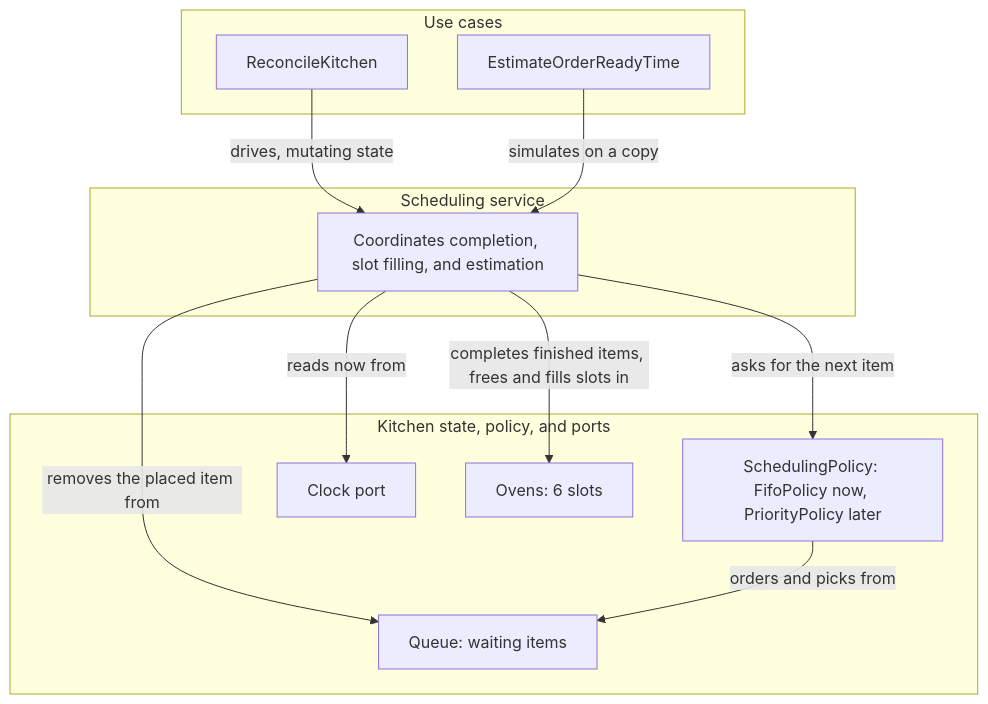
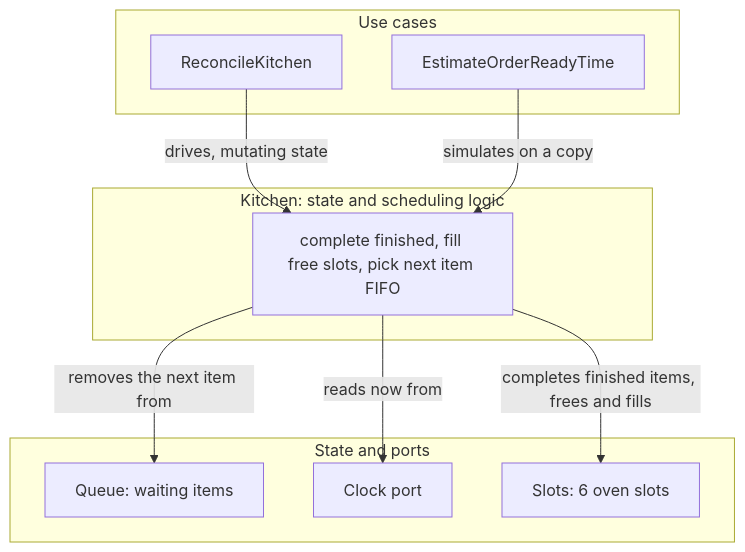
Before and after one commit to AndSanG/SnackBuilderBakery: the second of 3 diagrams in module-map.md, drawn with Mermaid. The commit also changed other lines of this file and 2 other files, not shown here.

````diff
--- a/module-map.md
+++ b/module-map.md
@@ -99,26 +92,23 @@
 ```mermaid
 graph TD
   subgraph UseCases [Use cases]
     RK[ReconcileKitchen]
     EST[EstimateOrderReadyTime]
   end
 
-  subgraph Service [Scheduling service]
-    SS[Coordinates completion, slot filling, and estimation]
+  subgraph KitchenType [Kitchen: state and scheduling logic]
+    K[complete finished, fill free slots, pick next item FIFO]
   end
 
-  subgraph Collaborators [Kitchen state, policy, and ports]
+  subgraph StateAndPorts [State and ports]
     Q[Queue: waiting items]
-    POL[SchedulingPolicy: FifoPolicy now, PriorityPolicy later]
     CLK[Clock port]
-    OV[Ovens: 6 slots]
+    OV[Slots: 6 oven slots]
   end
 
-  RK -->|drives, mutating state| SS
-  EST -->|simulates on a copy| SS
-  SS -->|removes the placed item from| Q
-  SS -->|asks for the next item| POL
-  SS -->|reads now from| CLK
-  POL -->|orders and picks from| Q
-  SS -->|completes finished items, frees and fills slots in| OV
+  RK -->|drives, mutating state| K
+  EST -->|simulates on a copy| K
+  K -->|removes the next item from| Q
+  K -->|reads now from| CLK
+  K -->|completes finished items, frees and fills| OV
 ```
````
